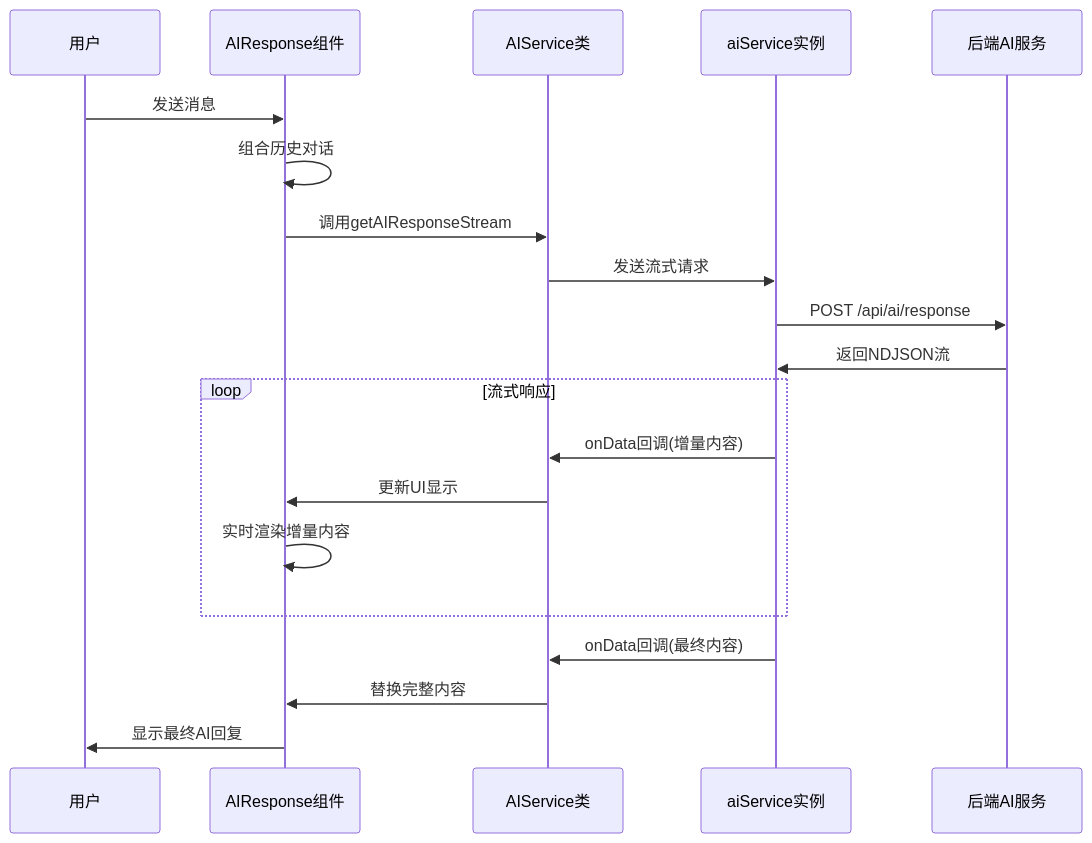
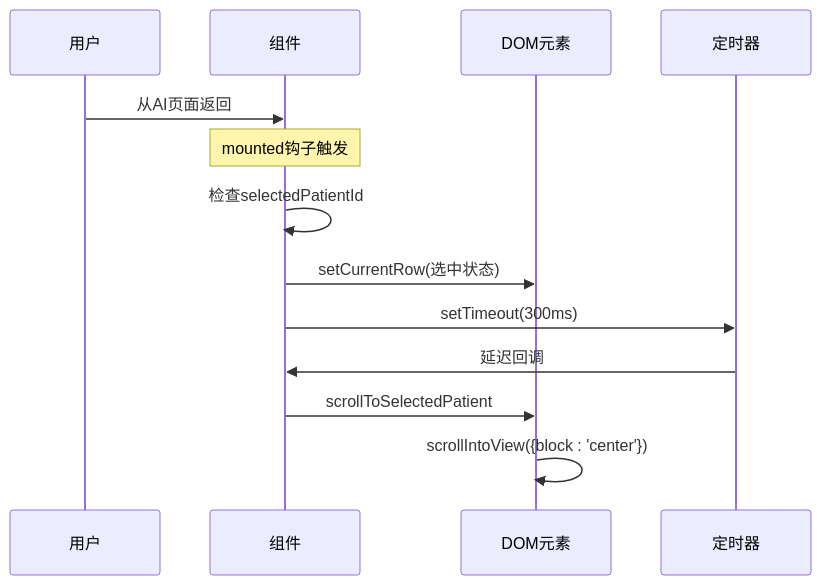
One commit to liuzh2008/med_ai_assistant_workspace changed diagram 13 of 17 in .qoder/repowiki/zh/content/Update Summary/Update Summary.md. Above: the diagram before and after it, drawn with Mermaid. The commit also changed other lines of this file and 5 other files, not shown here.

````diff
--- a/.qoder/repowiki/zh/content/Update Summary/Update Summary.md
+++ b/.qoder/repowiki/zh/content/Update Summary/Update Summary.md
@@ -483,22 +543,15 @@
 ```mermaid
 sequenceDiagram
 participant User as 用户
-participant AIResponse as AIResponse组件
-participant AIService as AIService类
-participant aiService as aiService实例
-participant Backend as 后端AI服务
-User->>AIResponse : 发送消息
-AIResponse->>AIResponse : 组合历史对话
-AIResponse->>AIService : 调用getAIResponseStream
-AIService->>aiService : 发送流式请求
-aiService->>Backend : POST /api/ai/response
-Backend->>aiService : 返回NDJSON流
-loop 流式响应
-aiService->>AIService : onData回调(增量内容)
-AIService->>AIResponse : 更新UI显示
-AIResponse->>AIResponse : 实时渲染增量内容
-end
-aiService->>AIService : onData回调(最终内容)
-AIService->>AIResponse : 替换完整内容
-AIResponse->>User : 显示最终AI回复
+participant Component as 组件
+participant DOM as DOM元素
+participant Timer as 定时器
+User->>Component : 从AI页面返回
+Note over Component : mounted钩子触发
+Component->>Component : 检查selectedPatientId
+Component->>DOM : setCurrentRow(选中状态)
+Component->>Timer : setTimeout(300ms)
+Timer->>Component : 延迟回调
+Component->>DOM : scrollToSelectedPatient
+DOM->>DOM : scrollIntoView({block : 'center'})
 ```
````
